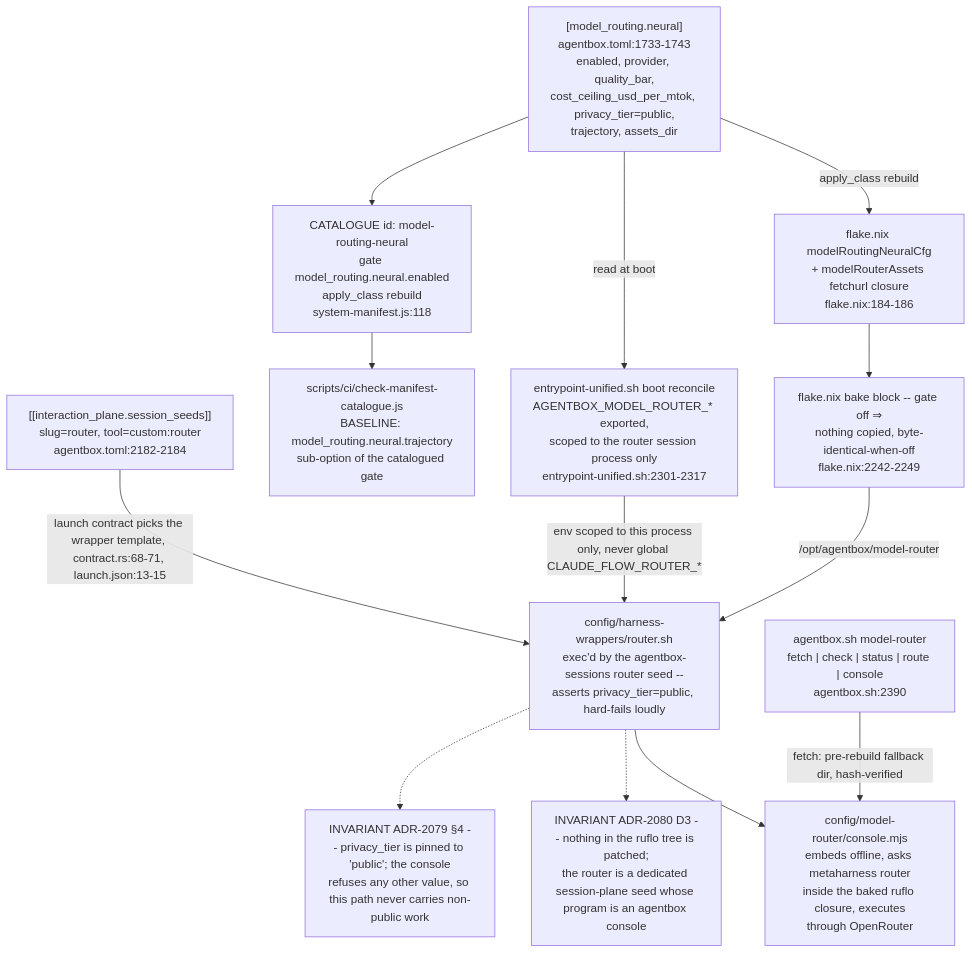
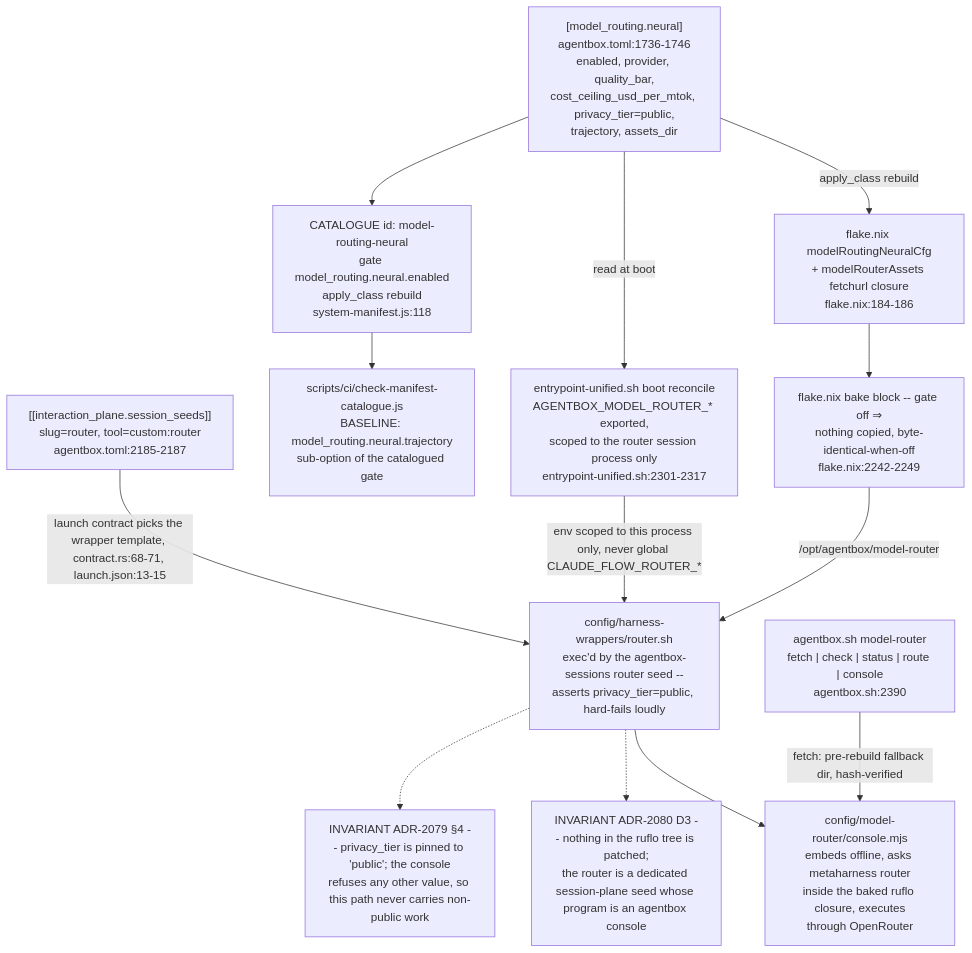
One commit to DreamLab-AI/VisionFlow changed diagram 14 of 15 in docs/diagrams/agentbox/15-capability-gating-spend-consultants.md. Above: the diagram before and after it, drawn with Mermaid. The commit also changed other lines of this file and 142 other files, not shown here.

First line of the commit message:
docs(diagrams): one System One route; re-verify 140 topics at today's heads

````diff
--- a/docs/diagrams/agentbox/15-capability-gating-spend-consultants.md
+++ b/docs/diagrams/agentbox/15-capability-gating-spend-consultants.md
@@ -718,29 +718,29 @@
 ```mermaid
 flowchart TD
-    T["[model_routing.neural]<br/>agentbox.toml:1733-1743<br/>enabled, provider, quality_bar,<br/>cost_ceiling_usd_per_mtok, privacy_tier=public,<br/>trajectory, assets_dir"]
-    SEED["[[interaction_plane.session_seeds]]<br/>slug=router, tool=custom:router<br/>agentbox.toml:2182-2184"]
+    T["[model_routing.neural]<br/>agentbox.toml:1736-1746<br/>enabled, provider, quality_bar,<br/>cost_ceiling_usd_per_mtok, privacy_tier=public,<br/>trajectory, assets_dir"]
+    SEED["[[interaction_plane.session_seeds]]<br/>slug=router, tool=custom:router<br/>agentbox.toml:2185-2187"]
     CAT["CATALOGUE id: model-routing-neural<br/>gate model_routing.neural.enabled<br/>apply_class rebuild<br/>system-manifest.js:118"]
     NIX["flake.nix modelRoutingNeuralCfg<br/>+ modelRouterAssets fetchurl closure<br/>flake.nix:184-186"]
     BAKE["flake.nix bake block -- gate off ⇒<br/>nothing copied, byte-identical-when-off<br/>flake.nix:2242-2249"]
     ENTRY["entrypoint-unified.sh boot reconcile<br/>AGENTBOX_MODEL_ROUTER_* exported,<br/>scoped to the router session process only<br/>entrypoint-unified.sh:2301-2317"]
     WRAP["config/harness-wrappers/router.sh<br/>exec'd by the agentbox-sessions router seed --<br/>asserts privacy_tier=public, hard-fails loudly"]
     CONSOLE["config/model-router/console.mjs<br/>embeds offline, asks metaharness router<br/>inside the baked ruflo closure, executes<br/>through OpenRouter"]
     CLI["agentbox.sh model-router<br/>fetch #124; check #124; status #124; route #124; console<br/>agentbox.sh:2390"]
     CATCHECK["scripts/ci/check-manifest-catalogue.js<br/>BASELINE: model_routing.neural.trajectory<br/>sub-option of the catalogued gate"]
 
     T -->|"apply_class rebuild"| NIX
     NIX --> BAKE
     BAKE -->|"/opt/agentbox/model-router"| WRAP
     T -->|"read at boot"| ENTRY
     ENTRY -->|"env scoped to this process only, never global CLAUDE_FLOW_ROUTER_*"| WRAP
     SEED -->|"launch contract picks the wrapper template, contract.rs:68-71, launch.json:13-15"| WRAP
     WRAP --> CONSOLE
     CLI -->|"fetch: pre-rebuild fallback dir, hash-verified"| CONSOLE
     T --> CAT
     CAT --> CATCHECK
 
     NOTE1["INVARIANT ADR-2080 D3 -- nothing in the ruflo tree is patched;<br/>the router is a dedicated session-plane seed whose program is an agentbox console"]
     NOTE2["INVARIANT ADR-2079 §4 -- privacy_tier is pinned to 'public'; the console<br/>refuses any other value, so this path never carries non-public work"]
     WRAP -.-> NOTE1
     WRAP -.-> NOTE2
 ```
````
